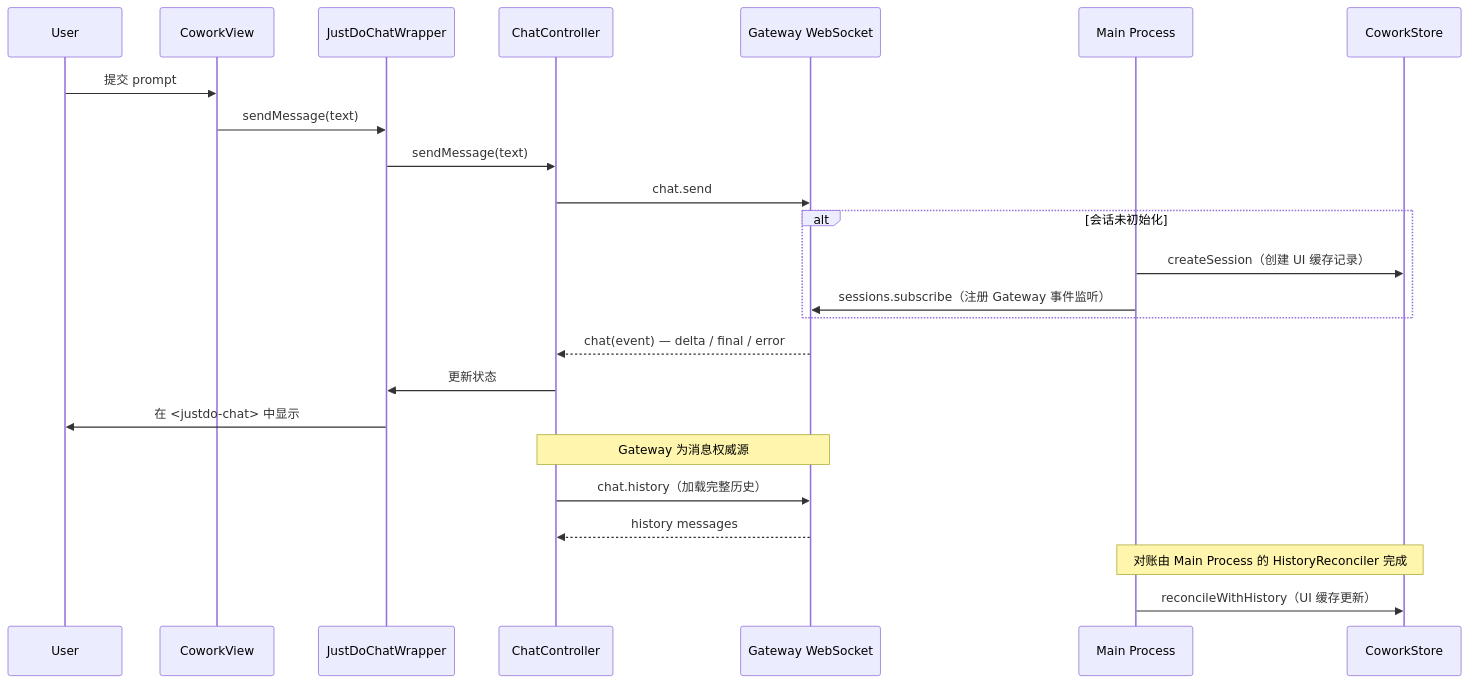
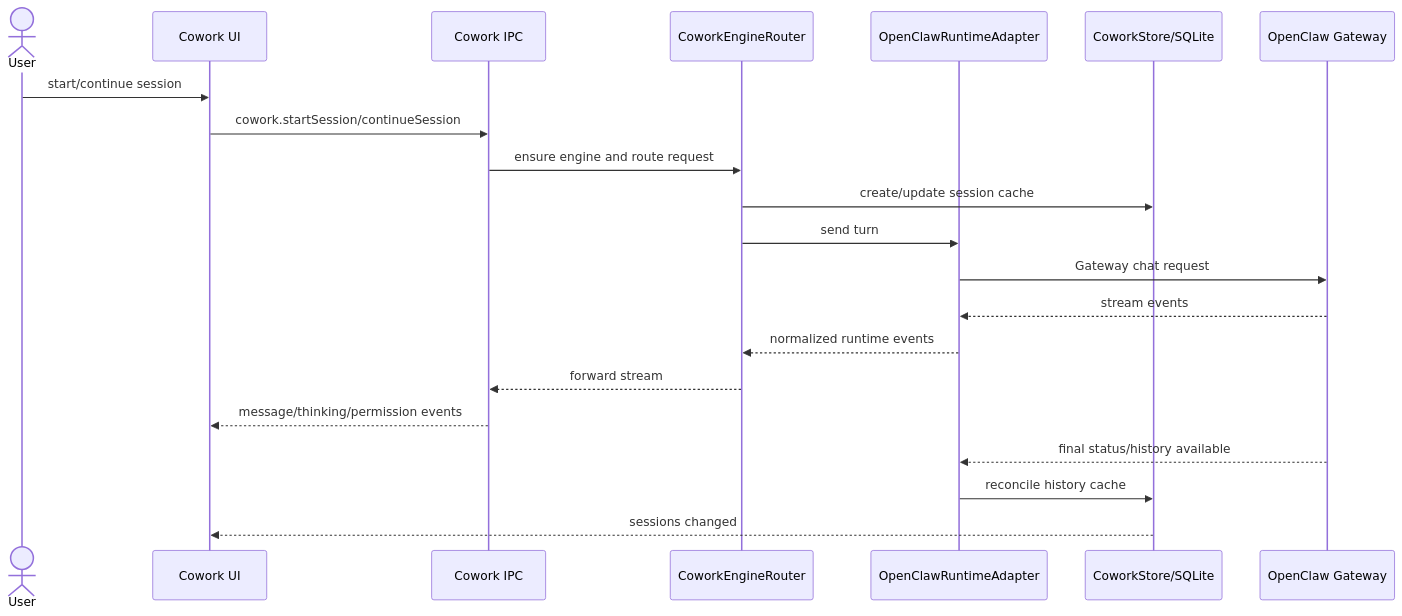
The first of 3 diagrams in docs/architecture/04-cowork-system.md (liangxhao/JustDo), drawn with Mermaid before and after one commit. The commit also changed other lines of this file and 21 other files, not shown here.

````diff
--- a/docs/architecture/04-cowork-system.md
+++ b/docs/architecture/04-cowork-system.md
@@ -240,27 +21,24 @@
 ```mermaid
 sequenceDiagram
-  participant U as User
-  participant CV as CoworkView
-  participant JDW as JustDoChatWrapper
-  participant CC as ChatController
-  participant GW as Gateway WebSocket
-  participant MP as Main Process
-  participant DB as CoworkStore
+  actor User
+  participant UI as Cowork UI
+  participant IPC as Cowork IPC
+  participant Router as CoworkEngineRouter
+  participant Adapter as OpenClawRuntimeAdapter
+  participant Store as CoworkStore/SQLite
+  participant GW as OpenClaw Gateway
 
-  U->>CV: 提交 prompt
-  CV->>JDW: sendMessage(text)
-  JDW->>CC: sendMessage(text)
-  CC->>GW: chat.send
-  alt 会话未初始化
-    MP->>DB: createSession（创建 UI 缓存记录）
-    MP->>GW: sessions.subscribe（注册 Gateway 事件监听）
-  end
-  GW-->>CC: chat(event) — delta / final / error
-  CC->>JDW: 更新状态
-  JDW->>U: 在 <justdo-chat> 中显示
-  Note over CC,GW: Gateway 为消息权威源
-  CC->>GW: chat.history（加载完整历史）
-  GW-->>CC: history messages
-  Note over MP,DB: 对账由 Main Process 的 HistoryReconciler 完成
-  MP->>DB: reconcileWithHistory（UI 缓存更新）
+  User->>UI: start/continue session
+  UI->>IPC: cowork.startSession/continueSession
+  IPC->>Router: ensure engine and route request
+  Router->>Store: create/update session cache
+  Router->>Adapter: send turn
+  Adapter->>GW: Gateway chat request
+  GW-->>Adapter: stream events
+  Adapter-->>Router: normalized runtime events
+  Router-->>IPC: forward stream
+  IPC-->>UI: message/thinking/permission events
+  GW-->>Adapter: final status/history available
+  Adapter->>Store: reconcile history cache
+  Store-->>UI: sessions changed
 ```
````
